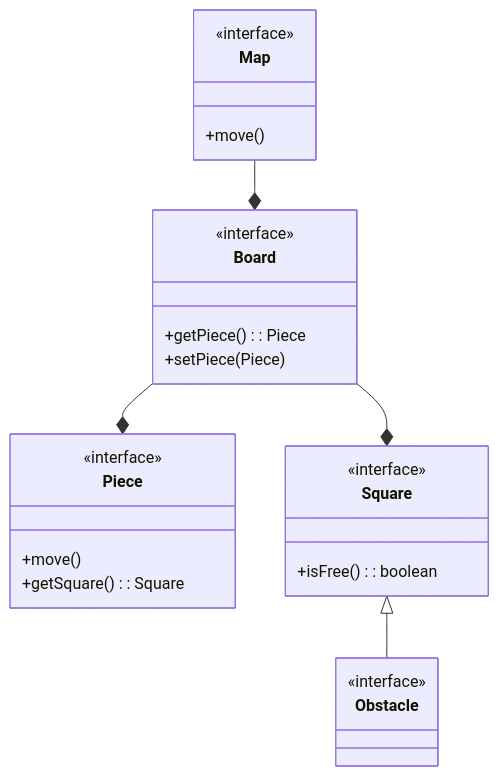
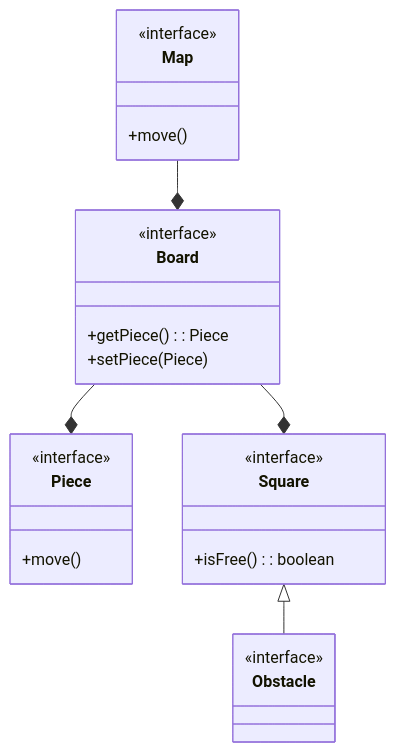
Before and after one commit to alessandroArrighi/pss23-24-ChessGravity-Arrighi: the first of 4 diagrams in README.md, drawn with Mermaid. The commit also changed other lines of this file, not shown here.

Commit message:
Update architecture diagram

````diff
--- a/README.md
+++ b/README.md
@@ -43,33 +43,32 @@
 ```mermaid
 classDiagram
 
 class Map {
     +move()
 }
 <<interface>> Map
 
 class Piece {
     +move()
-    +getSquare(): Square
 }
 <<interface>> Piece
 
 class Board {
     +getPiece(): Piece
     +setPiece(Piece)
 }
 <<interface>> Board
 
 class Square {
     +isFree(): boolean
 }
 <<interface>> Square
 
 class Obstacle
 <<interface>> Obstacle
 
 Board --* Piece
 Map --* Board
 Board --* Square
 Square <|-- Obstacle
 ```
````
